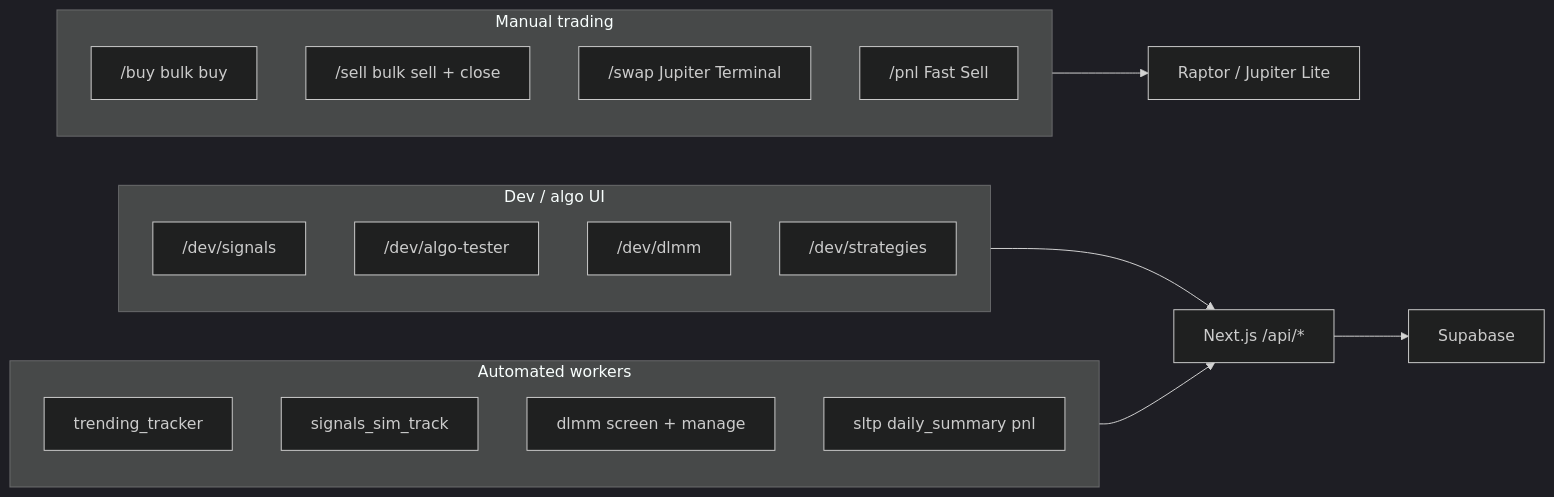
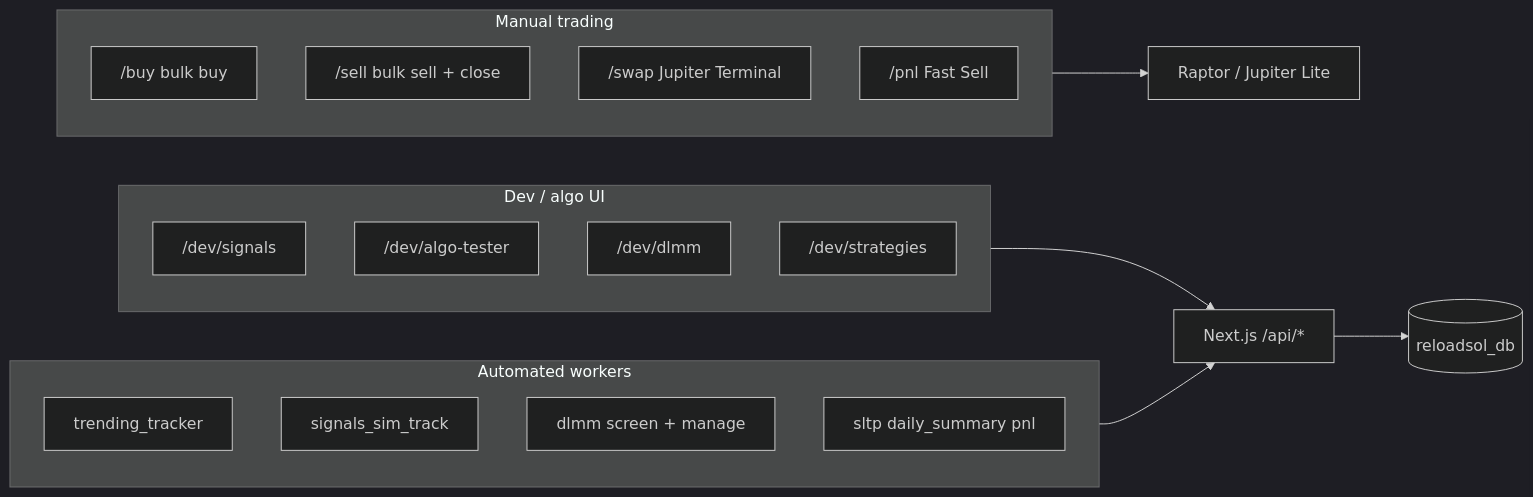
One commit to studentofcoding/reloadsol changed the second of 3 diagrams in docs/architecture.md. Above: the diagram before and after it, drawn with Mermaid (dark theme). The commit also changed other lines of this file and 24 other files, not shown here.

````diff
--- a/docs/architecture.md
+++ b/docs/architecture.md
@@ -65,28 +70,28 @@
 ```mermaid
 flowchart LR
   subgraph manual [Manual trading]
     Buy["/buy bulk buy"]
     Sell["/sell bulk sell + close"]
     Swap["/swap Jupiter Terminal"]
     PnL["/pnl Fast Sell"]
   end
 
   subgraph dev [Dev / algo UI]
     Signals["/dev/signals"]
     Algo["/dev/algo-tester"]
     DLMM["/dev/dlmm"]
     Strategies["/dev/strategies"]
   end
 
   subgraph auto [Automated workers]
     Trending[trending_tracker]
     SignalsSim[signals_sim_track]
     DLMMCron[dlmm screen + manage]
     Infra[sltp daily_summary pnl]
   end
 
   manual --> Raptor[Raptor / Jupiter Lite]
   dev --> API[Next.js /api/*]
   auto --> API
-  API --> Supabase
+  API --> Postgres[(reloadsol_db)]
 ```
````
